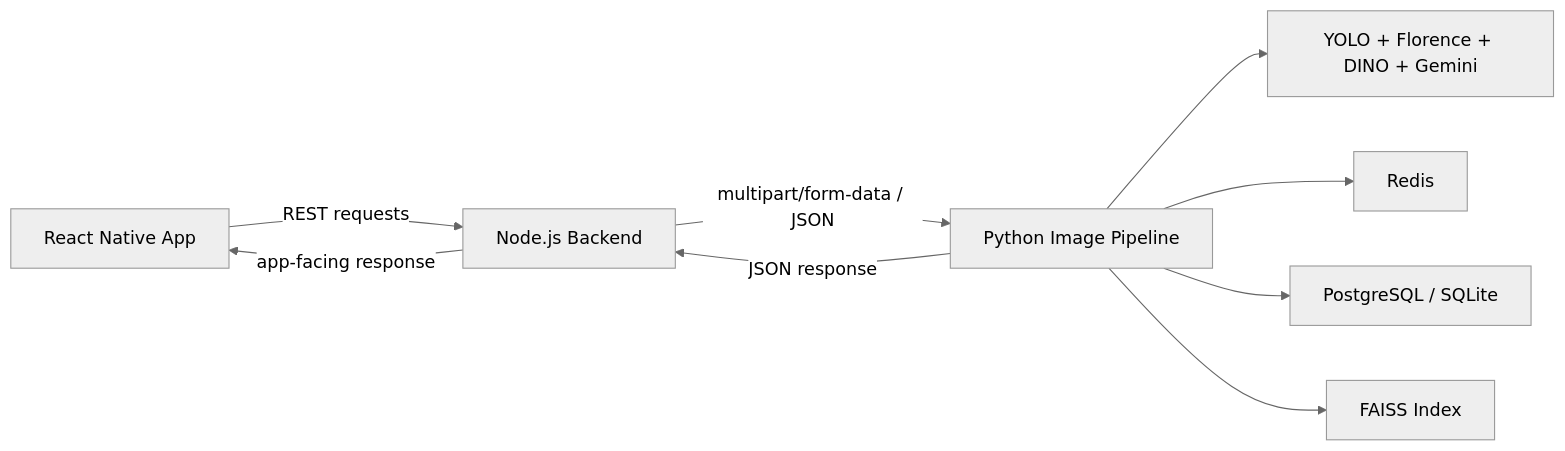
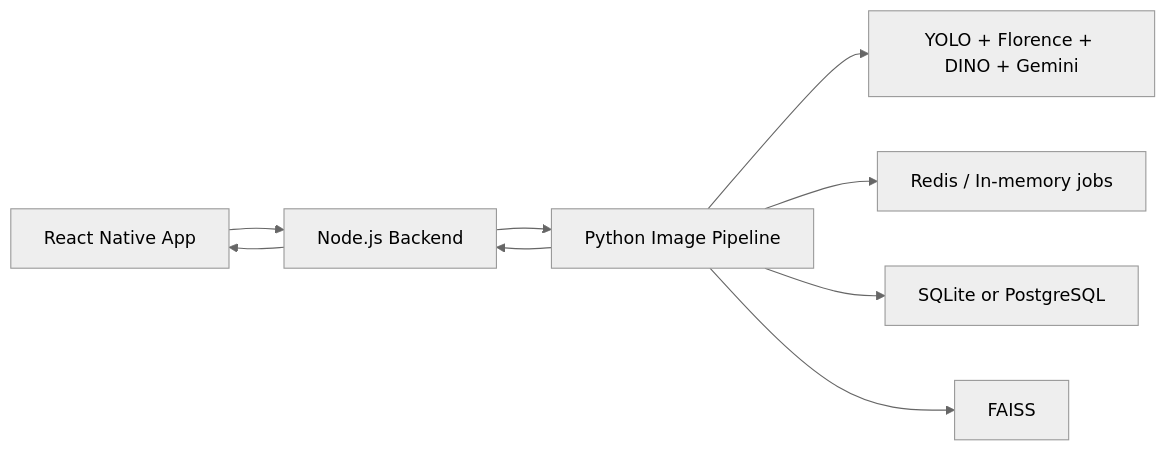
One commit to LSYDananjaya/FindAssure---Lost-Found-System---Research-Project changed the diagram in Image-Processing-&-Object-Recognition-Pipeline/README.md. Above: the diagram before and after it, drawn with Mermaid (neutral theme). The commit also changed other lines of this file and 6 other files, not shown here.

````diff
--- a/Image-Processing-&-Object-Recognition-Pipeline/README.md
+++ b/Image-Processing-&-Object-Recognition-Pipeline/README.md
@@ -36,19 +20,19 @@
 ```mermaid
 flowchart LR
-    App["React Native App"]
-    Node["Node.js Backend"]
-    Pipeline["Python Image Pipeline"]
-    Redis["Redis"]
-    SQL["PostgreSQL / SQLite"]
-    Faiss["FAISS Index"]
-    Models["YOLO + Florence + DINO + Gemini"]
+    App[React Native App]
+    Node[Node.js Backend]
+    Pipe[Python Image Pipeline]
+    Models[YOLO + Florence + DINO + Gemini]
+    Redis[Redis / In-memory jobs]
+    SQL[SQLite or PostgreSQL]
+    Faiss[FAISS]
 
-    App -->|"REST requests"| Node
-    Node -->|"multipart/form-data / JSON"| Pipeline
-    Pipeline --> Models
-    Pipeline --> Redis
-    Pipeline --> SQL
-    Pipeline --> Faiss
-    Pipeline -->|"JSON response"| Node
-    Node -->|"app-facing response"| App
+    App --> Node
+    Node --> Pipe
+    Pipe --> Models
+    Pipe --> Redis
+    Pipe --> SQL
+    Pipe --> Faiss
+    Pipe --> Node
+    Node --> App
 ```
````
